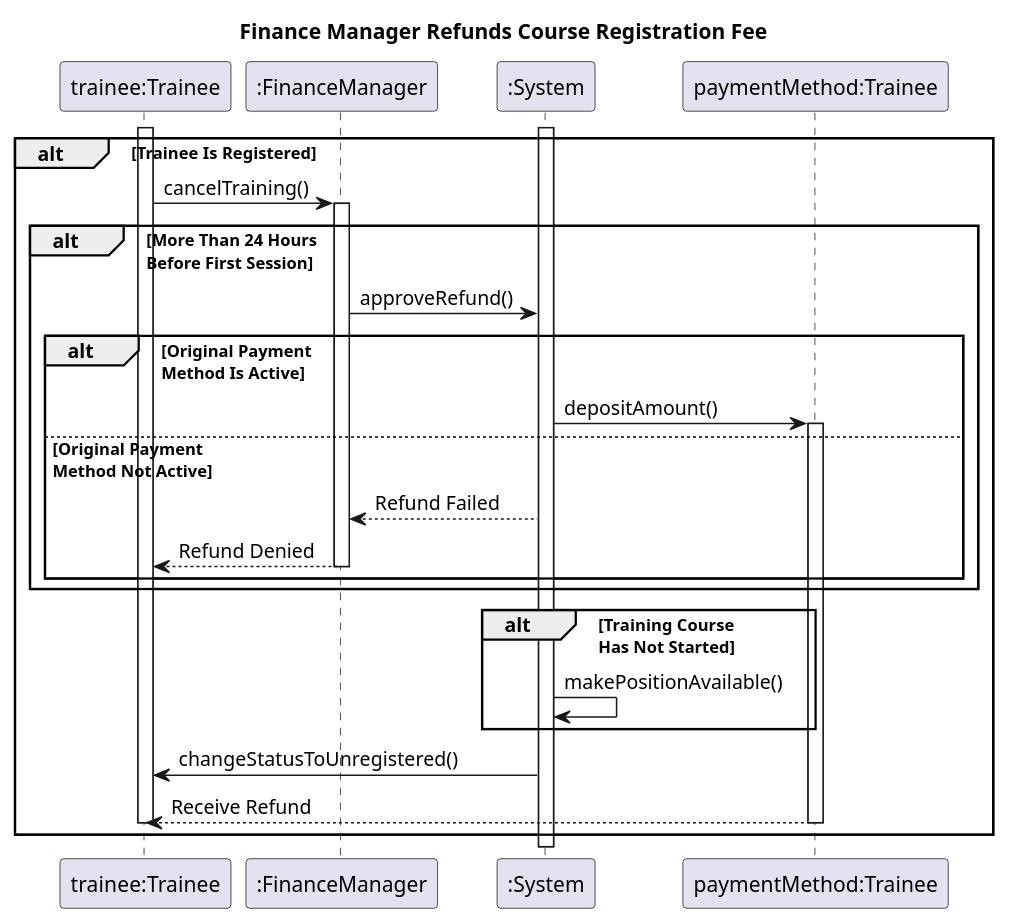
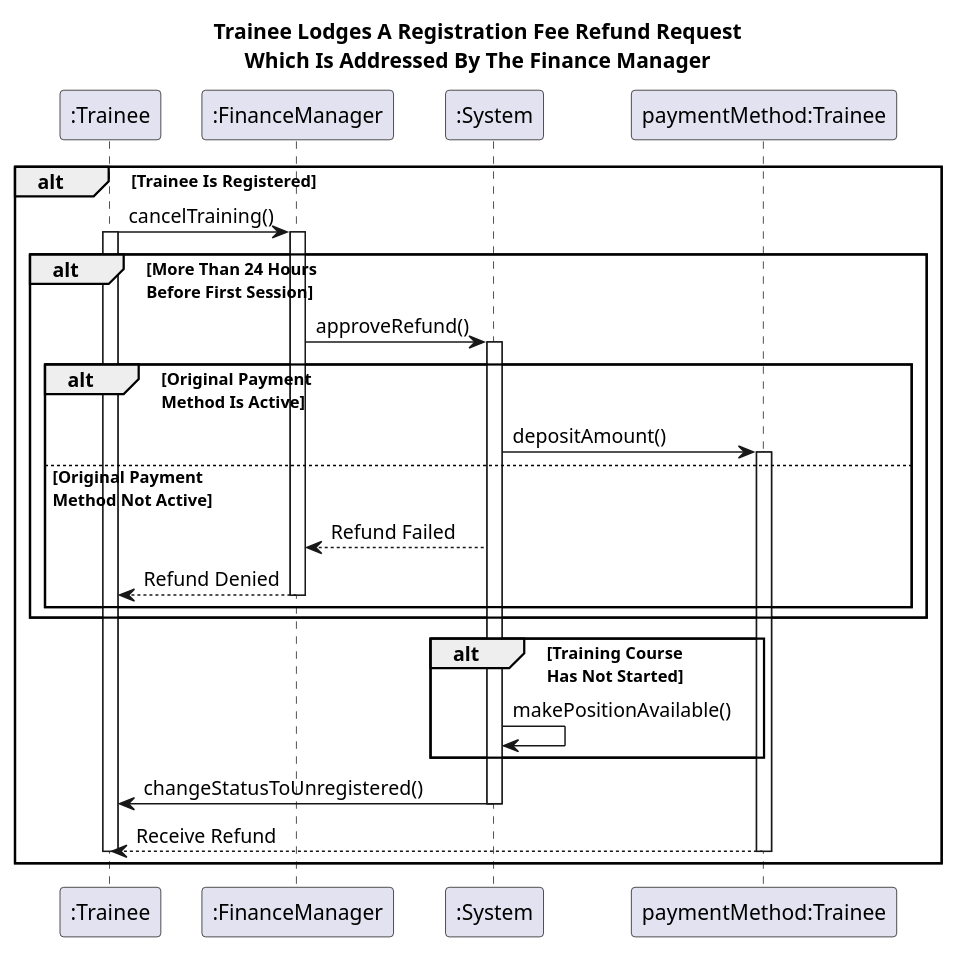
The diagram in financeManager.plantuml (lukegasbarro/SEF_Group67), drawn with PlantUML before and after one commit.

Commit message:
Update refund diagram

```diff
--- a/financeManager.plantuml
+++ b/financeManager.plantuml
@@ -2,38 +2,40 @@
 @startuml
-title Finance Manager Refunds Course Registration Fee
-participant "trainee:Trainee" as trainee
+' title Finance Manager Refunds Course Registration Fee
+title "Trainee Lodges A Registration Fee Refund Request\nWhich Is Addressed By The Finance Manager"
+participant ":Trainee" as trainee
 participant ":FinanceManager" as finance
 participant ":System" as system
 participant "paymentMethod:Trainee" as paymentMethod
 
-activate system
-activate trainee
 
 alt Trainee Is Registered
     trainee -> finance : cancelTraining()
+    activate trainee
     activate finance
     
     alt More Than 24 Hours\nBefore First Session
         finance -> system : approveRefund()
+        activate system
 
         alt Original Payment\nMethod Is Active
             system -> paymentMethod : depositAmount()
             activate paymentMethod
         else Original Payment\nMethod Not Active
             system --> finance : Refund Failed
             finance --> trainee : Refund Denied
             deactivate finance
         end
     end
 
     alt Training Course\nHas Not Started
         system -> system : makePositionAvailable()
     end
 
     system -> trainee : changeStatusToUnregistered()
+    deactivate system
     paymentMethod --> trainee : Receive Refund
     deactivate paymentMethod
     deactivate trainee
 end
 
 @enduml
```
